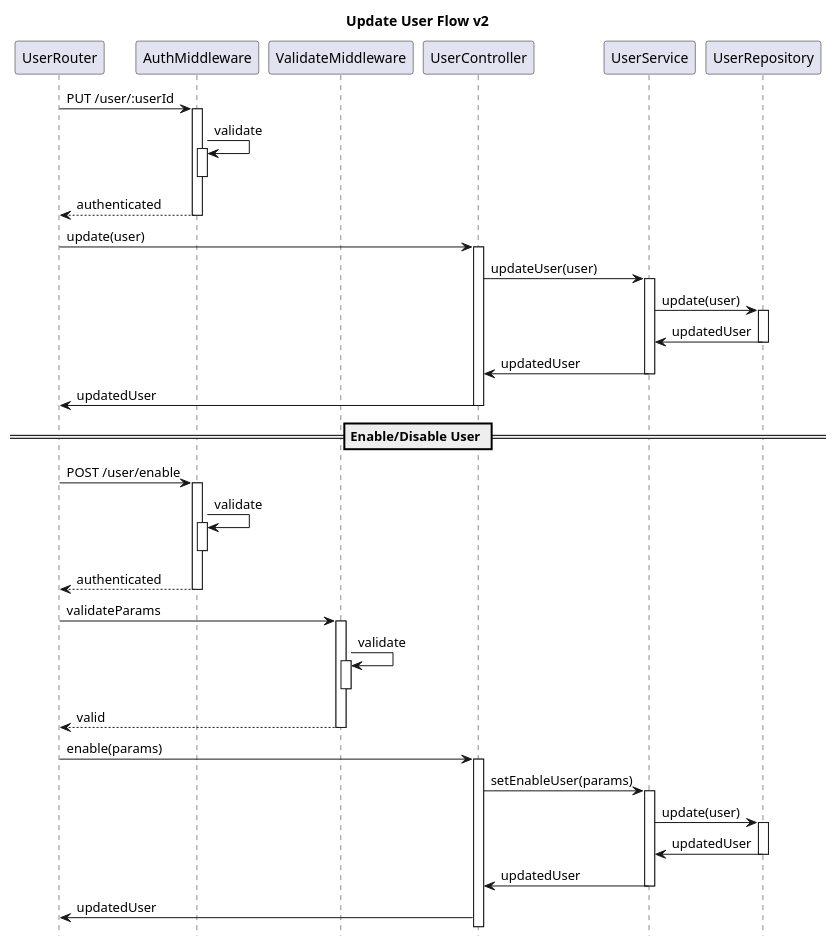
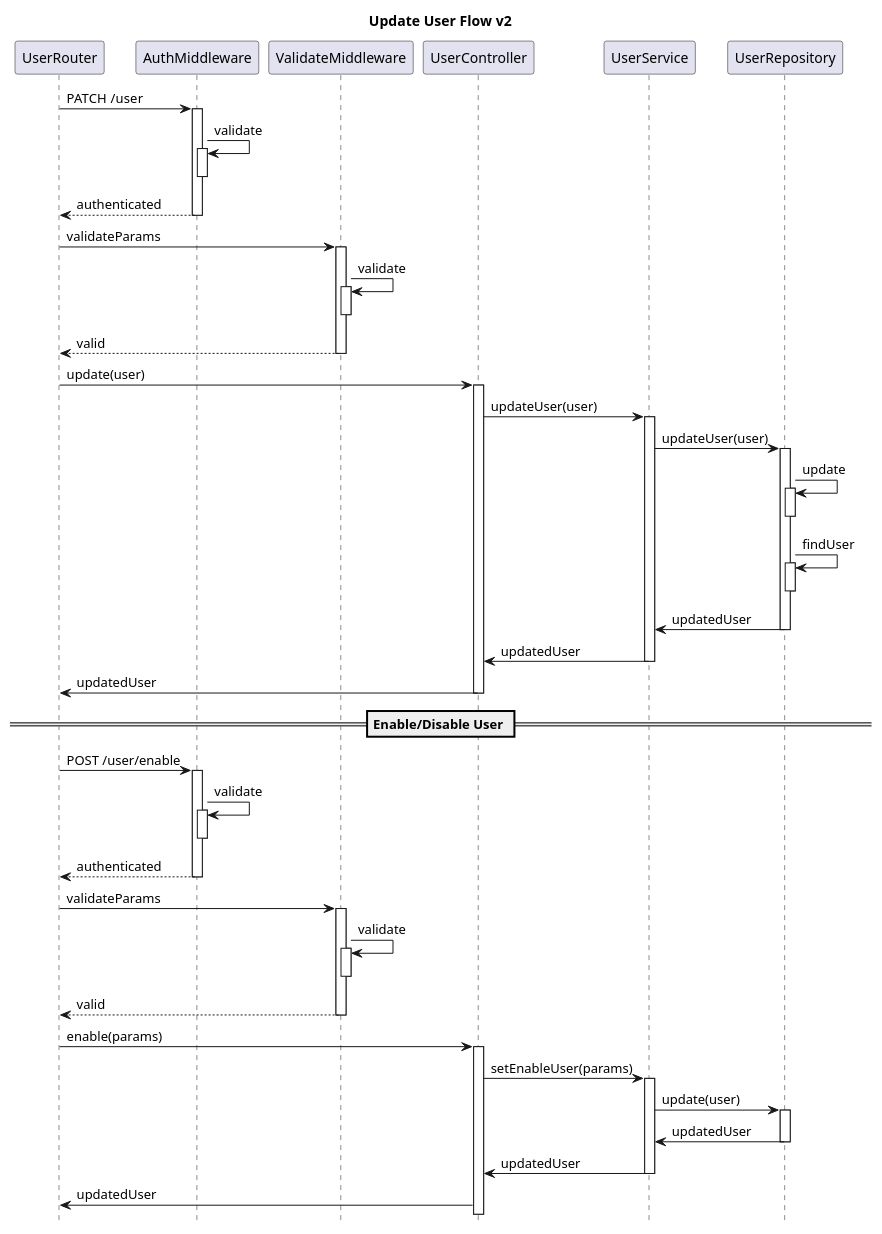
One commit to mcaligares/express-typescript changed the sixth of 6 diagrams in .docs/user.puml. Above: the diagram before and after it, drawn with PlantUML. The commit also changed 7 other files, not shown here.

```diff
--- a/.docs/user.puml
+++ b/.docs/user.puml
@@ -127,41 +127,47 @@
 @startuml update user
 title Update User Flow v2
 hide footbox
 participant UserRouter order 1
 participant AuthMiddleware order 2
 participant ValidateMiddleware order 3
 participant UserController order 4
 participant UserService order 5
 participant UserRepository order 6
 
-UserRouter -> AuthMiddleware ++: PUT /user/:userId
+UserRouter -> AuthMiddleware ++: PATCH /user
 AuthMiddleware -> AuthMiddleware ++--: validate
 AuthMiddleware --> UserRouter --: authenticated
+
+UserRouter -> ValidateMiddleware ++: validateParams
+ValidateMiddleware -> ValidateMiddleware ++--: validate
+ValidateMiddleware --> UserRouter --: valid
 
 UserRouter -> UserController ++ : update(user)
 
 UserController -> UserService ++: updateUser(user)
-UserService -> UserRepository ++: update(user)
+UserService -> UserRepository ++: updateUser(user)
+UserRepository -> UserRepository ++--: update
+UserRepository -> UserRepository ++--: findUser
 UserRepository -> UserService --: updatedUser
 UserService -> UserController --: updatedUser
 UserController -> UserRouter --: updatedUser
 
 == Enable/Disable User ==
 
 UserRouter -> AuthMiddleware ++: POST /user/enable
 AuthMiddleware -> AuthMiddleware ++--: validate
 AuthMiddleware --> UserRouter --: authenticated
 
 UserRouter -> ValidateMiddleware ++: validateParams
 ValidateMiddleware -> ValidateMiddleware ++--: validate
 ValidateMiddleware --> UserRouter --: valid
 
 UserRouter -> UserController ++ : enable(params)
 
 UserController -> UserService ++: setEnableUser(params)
 UserService -> UserRepository ++: update(user)
 UserRepository -> UserService --: updatedUser
 UserService -> UserController --: updatedUser
 UserController -> UserRouter : updatedUser
 
 @enduml
```
